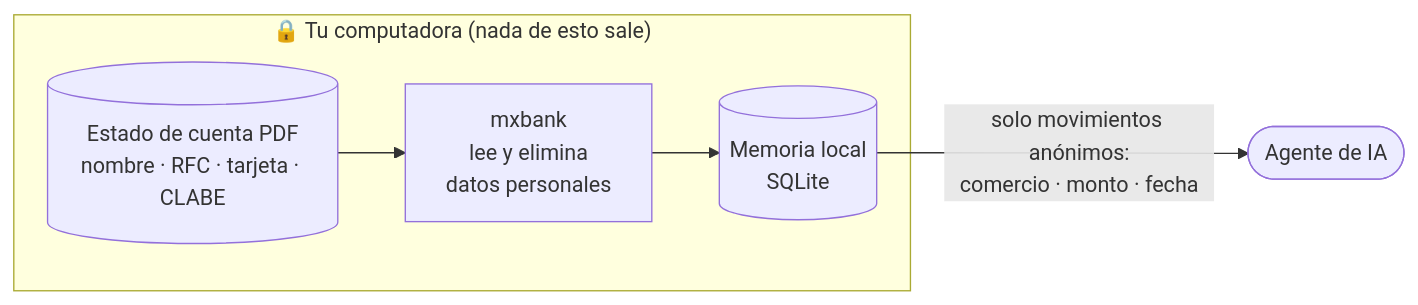
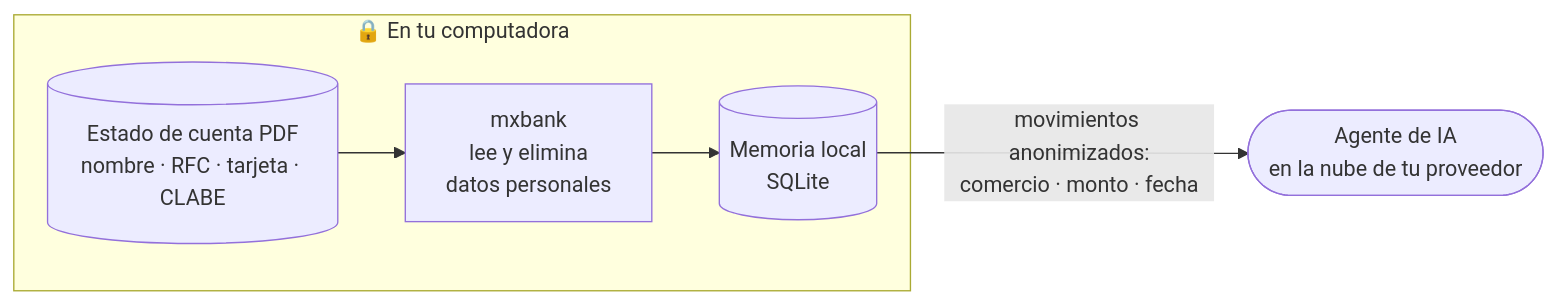
One commit to howware/finanzas-personales changed the first of 2 diagrams in README.md. Above: the diagram before and after it, drawn with Mermaid. The commit also changed other lines of this file and 2 other files, not shown here.

````diff
--- a/README.md
+++ b/README.md
@@ -55,8 +57,8 @@
 ```mermaid
 flowchart LR
-    subgraph local["🔒 Tu computadora (nada de esto sale)"]
+    subgraph local["🔒 En tu computadora"]
         PDF[(Estado de cuenta PDF<br/>nombre · RFC · tarjeta · CLABE)] --> MX[mxbank<br/>lee y elimina<br/>datos personales]
         MX --> MEM[(Memoria local<br/>SQLite)]
     end
-    MEM -- "solo movimientos anónimos:<br/>comercio · monto · fecha" --> IA([Agente de IA])
+    MEM -- "movimientos anonimizados:<br/>comercio · monto · fecha" --> IA([Agente de IA<br/>en la nube de tu proveedor])
 ```
````
